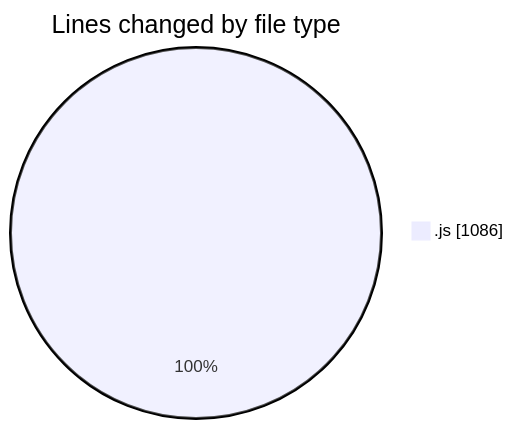
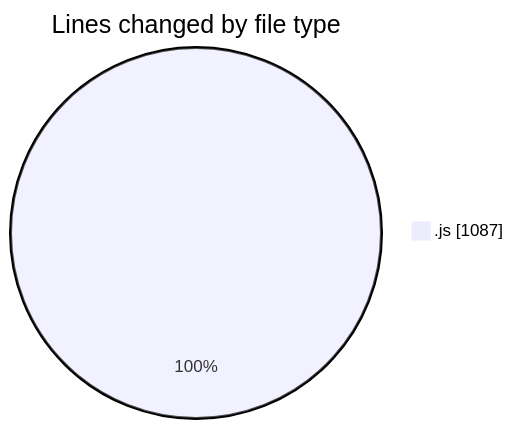
Before and after one commit to momahboobian/code-tracking: the first of 2 diagrams in 2026-04-08/cda/README.md, drawn with Mermaid. The commit also changed other lines of this file and 1 other file, not shown here.

````diff
--- a/2026-04-08/cda/README.md
+++ b/2026-04-08/cda/README.md
@@ -23,5 +23,5 @@
 ```mermaid
 pie showData
 title Lines changed by file type
-".js" : 1086
+".js" : 1087
 ```
````
